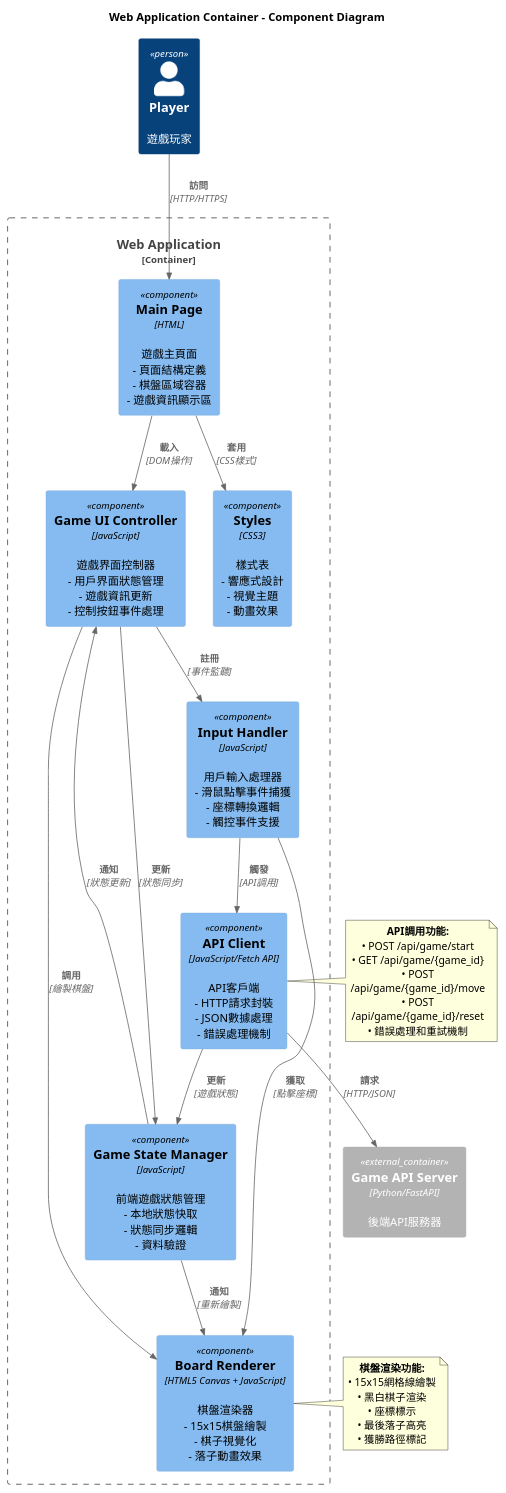
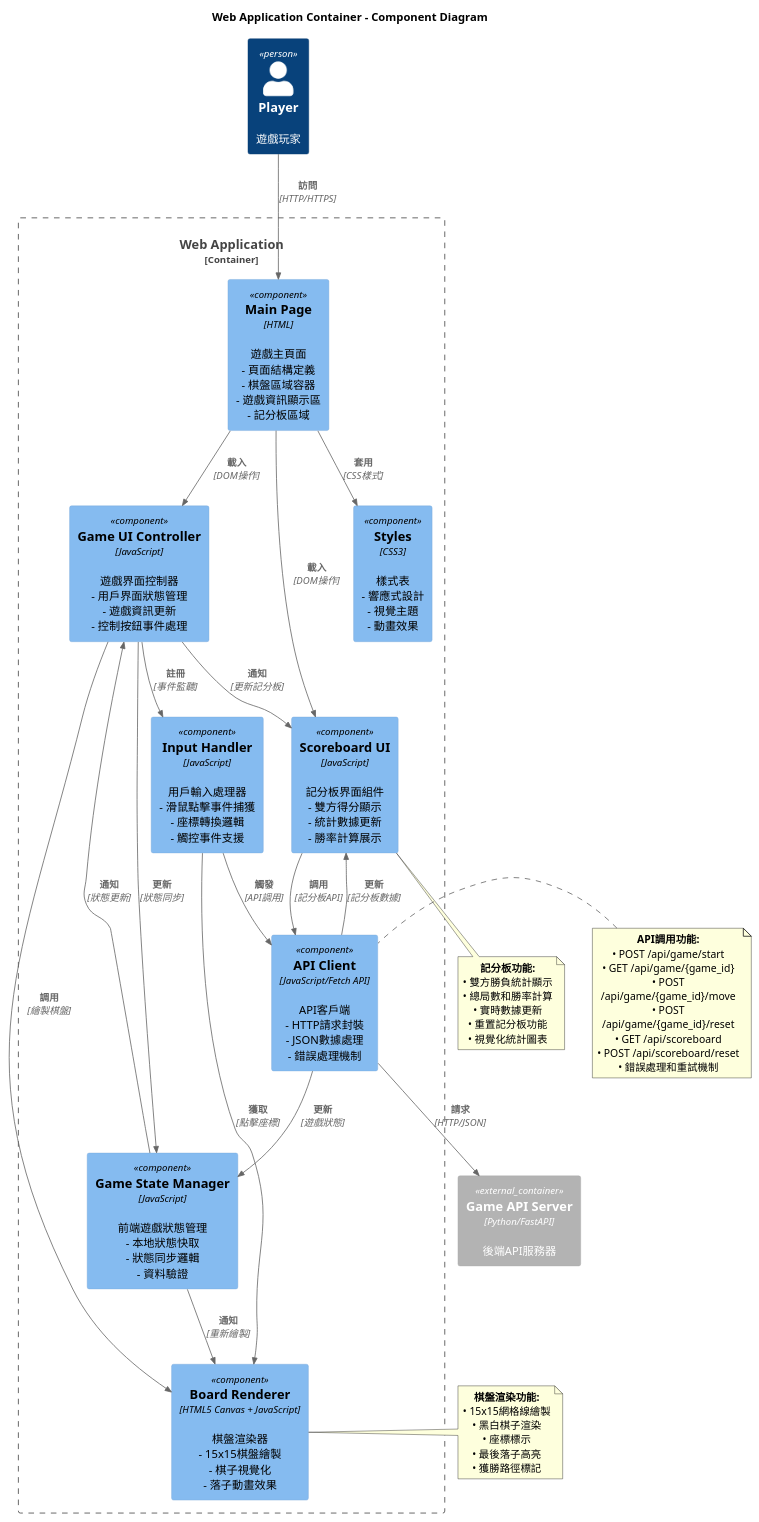
One commit to GitYCC/gomoku-vibe-example changed the diagram in architecture/c4/system-gomoku_game_system/container-web_app/component_diagram.plantuml. Above: the diagram before and after it, drawn with PlantUML. The commit also changed 13 other files, not shown here.

```diff
--- a/architecture/c4/system-gomoku_game_system/container-web_app/component_diagram.plantuml
+++ b/architecture/c4/system-gomoku_game_system/container-web_app/component_diagram.plantuml
@@ -1,61 +1,79 @@
 @startuml web_app_component_diagram
 !include https://raw.githubusercontent.com/plantuml-stdlib/C4-PlantUML/master/C4_Component.puml
 
 title Web Application Container - Component Diagram
 
 Person(player, "Player", "遊戲玩家")
 
 Container_Boundary(web_app, "Web Application") {
-    Component(main_page, "Main Page", "HTML", "遊戲主頁面\n- 頁面結構定義\n- 棋盤區域容器\n- 遊戲資訊顯示區")
+    Component(main_page, "Main Page", "HTML", "遊戲主頁面\n- 頁面結構定義\n- 棋盤區域容器\n- 遊戲資訊顯示區\n- 記分板區域")
     
     Component(game_ui, "Game UI Controller", "JavaScript", "遊戲界面控制器\n- 用戶界面狀態管理\n- 遊戲資訊更新\n- 控制按鈕事件處理")
+    
+    Component(scoreboard_ui, "Scoreboard UI", "JavaScript", "記分板界面組件\n- 雙方得分顯示\n- 統計數據更新\n- 勝率計算展示")
     
     Component(board_renderer, "Board Renderer", "HTML5 Canvas + JavaScript", "棋盤渲染器\n- 15x15棋盤繪製\n- 棋子視覺化\n- 落子動畫效果")
     
     Component(input_handler, "Input Handler", "JavaScript", "用戶輸入處理器\n- 滑鼠點擊事件捕獲\n- 座標轉換邏輯\n- 觸控事件支援")
     
     Component(api_client, "API Client", "JavaScript/Fetch API", "API客戶端\n- HTTP請求封裝\n- JSON數據處理\n- 錯誤處理機制")
     
     Component(game_state_manager, "Game State Manager", "JavaScript", "前端遊戲狀態管理\n- 本地狀態快取\n- 狀態同步邏輯\n- 資料驗證")
     
     Component(styles, "Styles", "CSS3", "樣式表\n- 響應式設計\n- 視覺主題\n- 動畫效果")
 }
 
 Container_Ext(game_api, "Game API Server", "Python/FastAPI", "後端API服務器")
 
 Rel(player, main_page, "訪問", "HTTP/HTTPS")
 Rel(main_page, game_ui, "載入", "DOM操作")
+Rel(main_page, scoreboard_ui, "載入", "DOM操作")
 Rel(main_page, styles, "套用", "CSS樣式")
 
 Rel(game_ui, board_renderer, "調用", "繪製棋盤")
 Rel(game_ui, input_handler, "註冊", "事件監聽")
 Rel(game_ui, game_state_manager, "更新", "狀態同步")
+Rel(game_ui, scoreboard_ui, "通知", "更新記分板")
 
 Rel(input_handler, board_renderer, "獲取", "點擊座標")
 Rel(input_handler, api_client, "觸發", "API調用")
 
 Rel(api_client, game_state_manager, "更新", "遊戲狀態")
 Rel(api_client, game_api, "請求", "HTTP/JSON")
 
 Rel(game_state_manager, board_renderer, "通知", "重新繪製")
 Rel(game_state_manager, game_ui, "通知", "狀態更新")
+
+Rel(scoreboard_ui, api_client, "調用", "記分板API")
+Rel(api_client, scoreboard_ui, "更新", "記分板數據")
 
 note right of board_renderer
   **棋盤渲染功能:**
   • 15x15網格線繪製
   • 黑白棋子渲染
   • 座標標示
   • 最後落子高亮
   • 獲勝路徑標記
 end note
 
 note left of api_client
   **API調用功能:**
   • POST /api/game/start
   • GET /api/game/{game_id}
   • POST /api/game/{game_id}/move
   • POST /api/game/{game_id}/reset
+  • GET /api/scoreboard
+  • POST /api/scoreboard/reset
   • 錯誤處理和重試機制
 end note
 
+note bottom of scoreboard_ui
+  **記分板功能:**
+  • 雙方勝負統計顯示
+  • 總局數和勝率計算
+  • 實時數據更新
+  • 重置記分板功能
+  • 視覺化統計圖表
+end note
+
 @enduml
```
